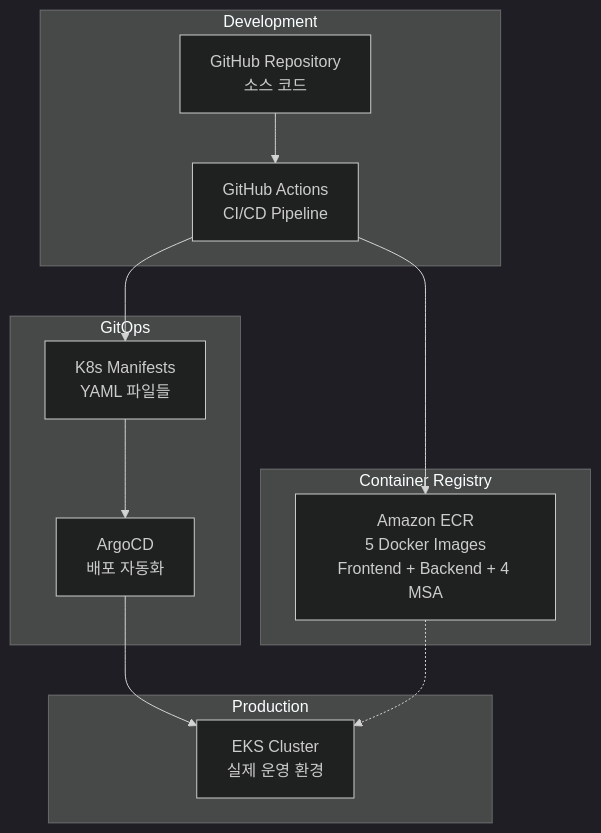
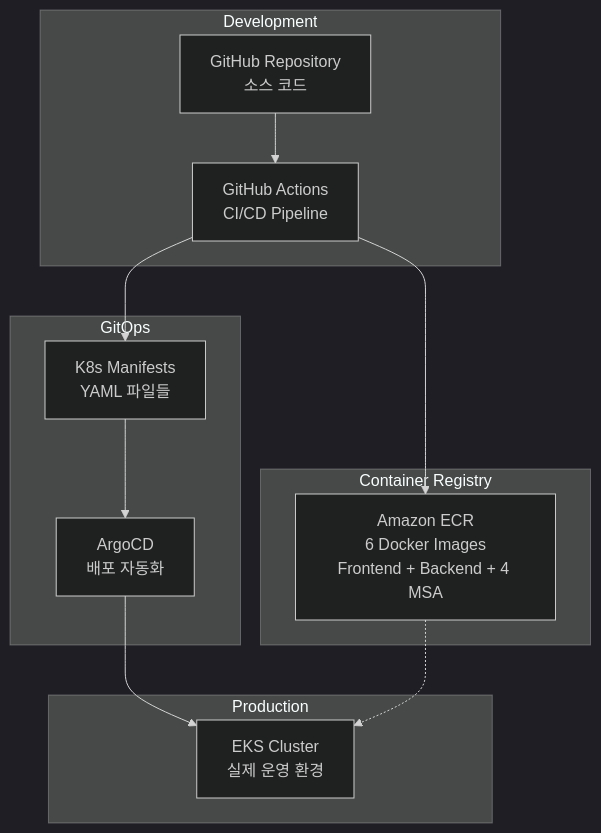
The fourth of 7 diagrams in README.md (cchriscode/tiketi), drawn with Mermaid (dark theme) before and after one commit. The commit also changed other lines of this file, not shown here.

First line of the commit message:
Update Docker images count and admin password

````diff
--- a/README.md
+++ b/README.md
@@ -242,27 +242,27 @@
 ```mermaid
 graph TB
     subgraph "Development"
         GITHUB[GitHub Repository<br/>소스 코드]
         ACTIONS[GitHub Actions<br/>CI/CD Pipeline]
     end
     
     subgraph "Container Registry"
-        ECR[Amazon ECR<br/>5 Docker Images<br/>Frontend + Backend + 4 MSA]
+        ECR[Amazon ECR<br/>6 Docker Images<br/>Frontend + Backend + 4 MSA]
     end
     
     subgraph "GitOps"
         ARGOCD[ArgoCD<br/>배포 자동화]
         MANIFESTS[K8s Manifests<br/>YAML 파일들]
     end
     
     subgraph "Production"
         EKS[EKS Cluster<br/>실제 운영 환경]
     end
     
     GITHUB --> ACTIONS
     ACTIONS --> ECR
     ACTIONS --> MANIFESTS
     MANIFESTS --> ARGOCD
     ARGOCD --> EKS
     ECR -.-> EKS
 ```
````
